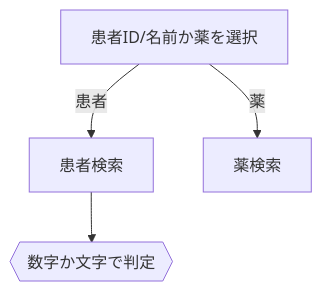
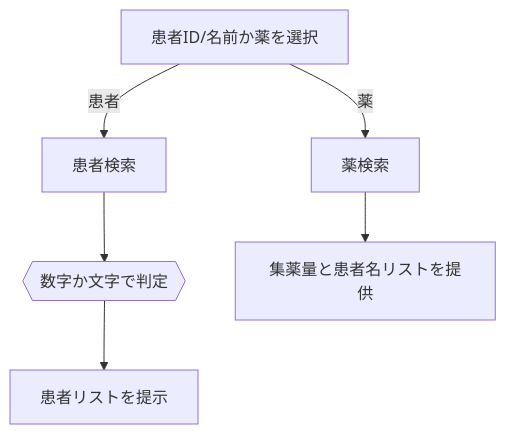
One commit to obutora/ODP_calc changed the third of 4 diagrams in readme.md. Above: the diagram before and after it, drawn with Mermaid. The commit also changed other lines of this file, not shown here.

````diff
--- a/readme.md
+++ b/readme.md
@@ -51,6 +52,8 @@
 ```mermaid
 flowchart TD
 患者ID/名前か薬を選択 -- 患者 --> 患者検索
 患者検索 --> IdOrName{{数字か文字で判定}}
+IdOrName --> 患者リストを提示
 患者ID/名前か薬を選択 -- 薬 --> 薬検索
+薬検索 --> 集薬量と患者名リストを提供
 ```
````
